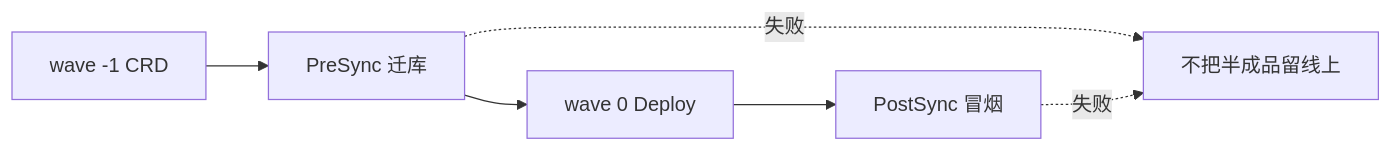
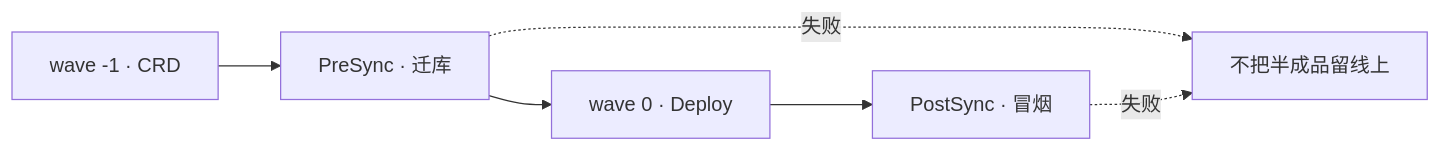
One commit to ml-cuizijun/LearnToLilith changed the fourth of 8 diagrams in 03-Kubernetes/23-GitOps-ArgoCD与Tekton/知识点.md. Above: the diagram before and after it, drawn with Mermaid. The commit also changed other lines of this file and 178 other files, not shown here.

````diff
--- a/03-Kubernetes/23-GitOps-ArgoCD与Tekton/知识点.md
+++ b/03-Kubernetes/23-GitOps-ArgoCD与Tekton/知识点.md
@@ -249,11 +239,8 @@
 ```mermaid
 flowchart LR
-    w0[wave -1 CRD] --> pre[PreSync 迁库]
-    pre --> w1[wave 0 Deploy]
-    w1 --> post[PostSync 冒烟]
+    w0[wave -1 · CRD] --> pre[PreSync · 迁库]
+    pre --> w1[wave 0 · Deploy]
+    w1 --> post[PostSync · 冒烟]
     pre -.->|失败| stop[不把半成品留线上]
     post -.->|失败| stop
-
-    class w0,pre,w1,post a
-    class stop b
 ```
````
